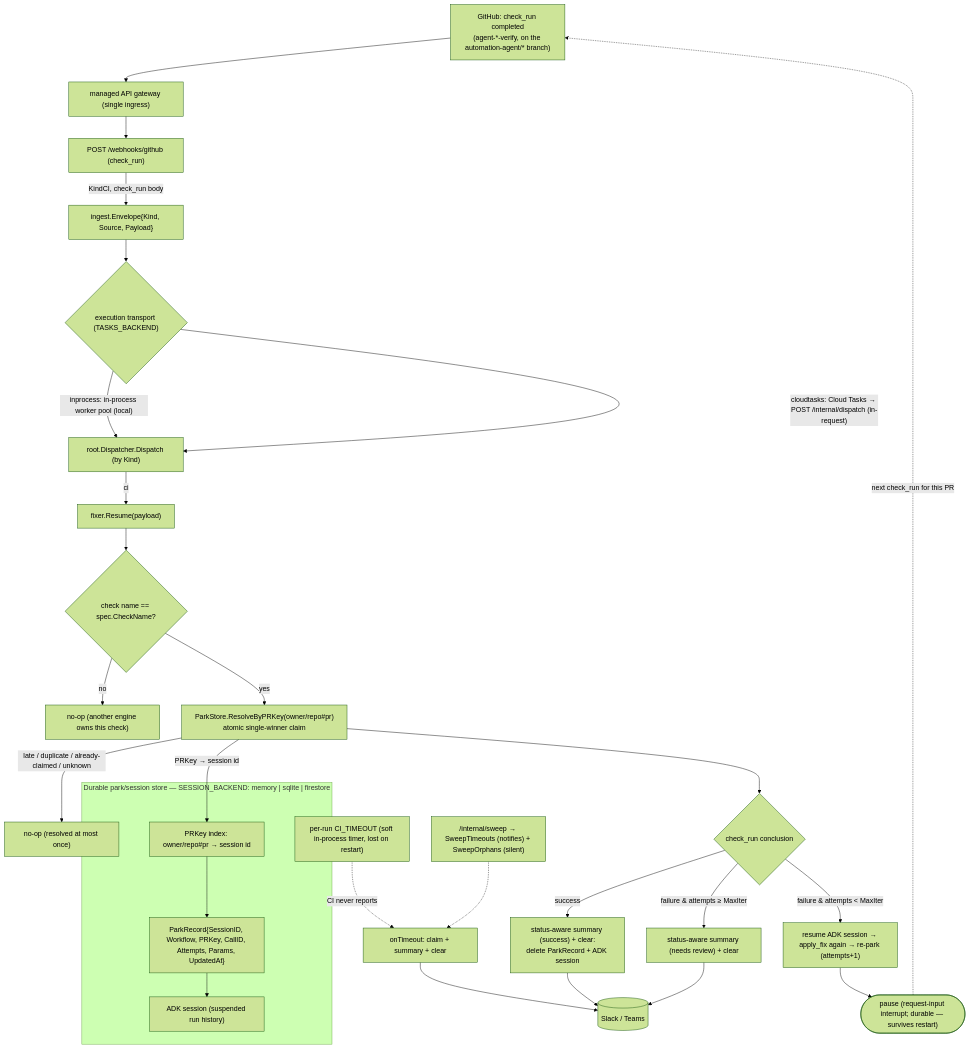
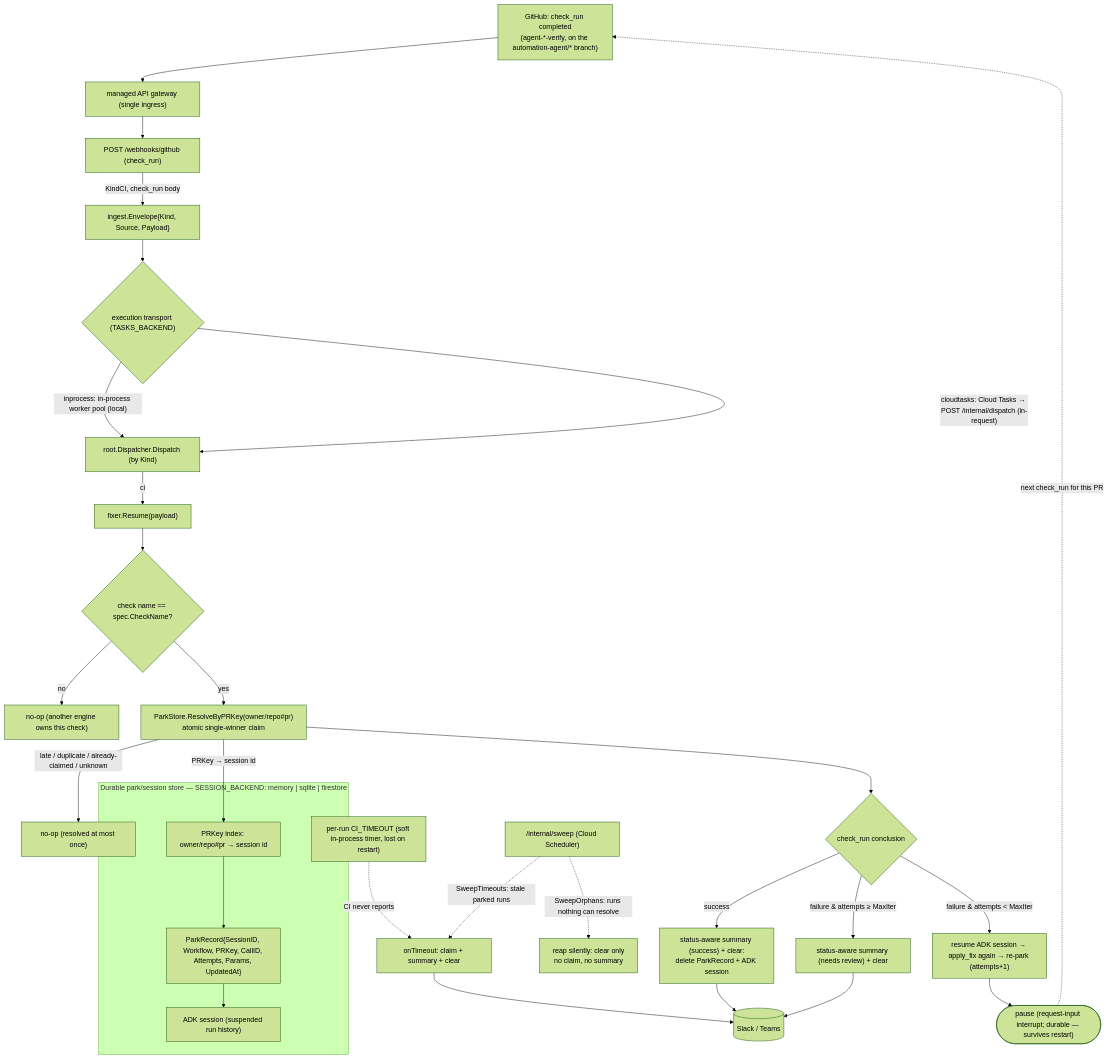
One commit to jkjamies/automation-agent changed the second of 2 diagrams in okf/modules/service.md. Above: the diagram before and after it, drawn with Mermaid (forest theme). The commit also changed 5 other files, not shown here.

````diff
--- a/okf/modules/service.md
+++ b/okf/modules/service.md
@@ -60,35 +60,36 @@
 ```mermaid
 flowchart TD
     CR["GitHub: check_run completed<br/>(agent-*-verify, on the automation-agent/* branch)"] --> GW["managed API gateway (single ingress)"]
     GW --> WCI["POST /webhooks/github (check_run)"]
     WCI -->|"KindCI, check_run body"| Env["ingest.Envelope{Kind, Source, Payload}"]
     Env --> TX{"execution transport (TASKS_BACKEND)"}
     TX -->|"inprocess: in-process worker pool (local)"| Disp
     TX -->|"cloudtasks: Cloud Tasks → POST /internal/dispatch (in-request)"| Disp
     Disp["root.Dispatcher.Dispatch (by Kind)"] -->|ci| RES["fixer.Resume(payload)"]
 
     RES --> NM{"check name == spec.CheckName?"}
     NM -->|no| NOOP["no-op (another engine owns this check)"]
     NM -->|yes| CLAIM["ParkStore.ResolveByPRKey(owner/repo#pr)<br/>atomic single-winner claim"]
     CLAIM -->|"late / duplicate / already-claimed / unknown"| NOOP2["no-op (resolved at most once)"]
 
     subgraph Store["Durable park/session store — SESSION_BACKEND: memory | sqlite | firestore"]
         PRK["PRKey index: owner/repo#pr → session id"] --> REC["ParkRecord{SessionID, Workflow, PRKey, CallID, Attempts, Params, UpdatedAt}"]
         REC --> SESS["ADK session (suspended run history)"]
     end
     CLAIM -->|"PRKey → session id"| PRK
 
     CLAIM --> CONC{check_run conclusion}
     CONC -->|success| OK["status-aware summary (success) + clear:<br/>delete ParkRecord + ADK session"]
     CONC -->|"failure & attempts ≥ MaxIter"| REV["status-aware summary (needs review) + clear"]
     CONC -->|"failure & attempts < MaxIter"| RT["resume ADK session → apply_fix again → re-park (attempts+1)"]
     RT --> SUS(["pause (request-input interrupt; durable — survives restart)"])
     SUS -.->|"next check_run for this PR"| CR
 
     TO["per-run CI_TIMEOUT (soft in-process timer, lost on restart)"] -.->|"CI never reports"| FREE["onTimeout: claim + summary + clear"]
-    SW["/internal/sweep → SweepTimeouts (notifies) + SweepOrphans (silent)"] -.-> FREE
+    SW["/internal/sweep (Cloud Scheduler)"] -.->|"SweepTimeouts: stale parked runs"| FREE
+    SW -.->|"SweepOrphans: runs nothing can resolve"| ORPH["reap silently: clear only<br/>no claim, no summary"]
 
     OK --> Chat[("Slack / Teams")]
     REV --> Chat
     FREE --> Chat
 ```
````
